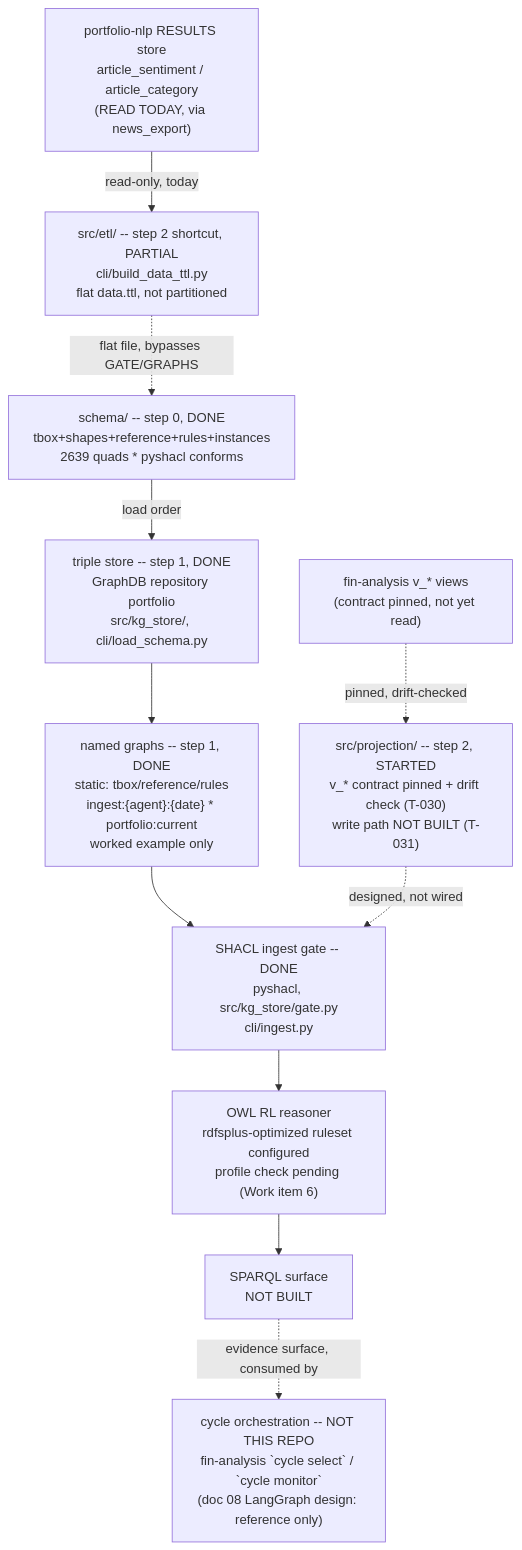
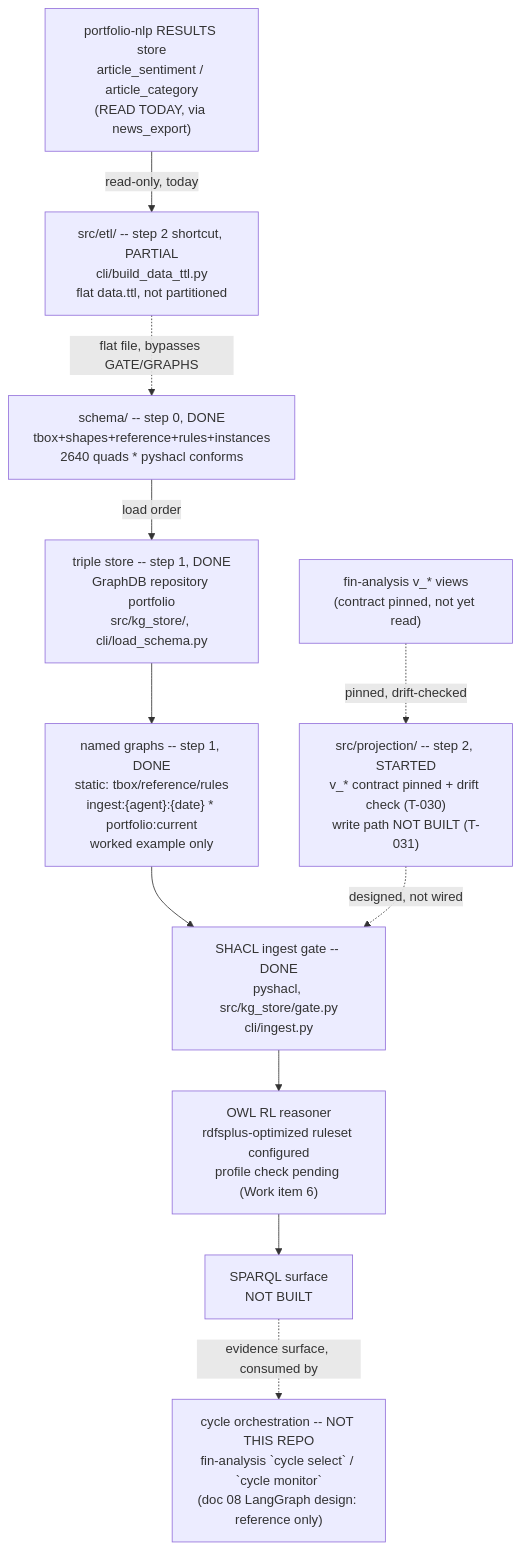
Before and after one commit to gamug/portfolio-knowledge-graph: the diagram in .specify/memory/SPEC.md, drawn with Mermaid. The commit also changed other lines of this file and 6 other files, not shown here.

Commit message:
fix: address PR #104 second review (date assumption, expiresOn wording, catalog-graph tests)

````diff
--- a/.specify/memory/SPEC.md
+++ b/.specify/memory/SPEC.md
@@ -718,22 +718,22 @@
 ```mermaid
 flowchart TB
-    SCHEMA["schema/ -- step 0, DONE<br/>tbox+shapes+reference+rules+instances<br/>2639 quads * pyshacl conforms"]
+    SCHEMA["schema/ -- step 0, DONE<br/>tbox+shapes+reference+rules+instances<br/>2640 quads * pyshacl conforms"]
     STORE["triple store -- step 1, DONE<br/>GraphDB repository portfolio<br/>src/kg_store/, cli/load_schema.py"]
     GRAPHS["named graphs -- step 1, DONE<br/>static: tbox/reference/rules<br/>ingest:{agent}:{date} * portfolio:current<br/>worked example only"]
     GATE["SHACL ingest gate -- DONE<br/>pyshacl, src/kg_store/gate.py<br/>cli/ingest.py"]
     PROJ["src/projection/ -- step 2, STARTED<br/>v_* contract pinned + drift check (T-030)<br/>write path NOT BUILT (T-031)"]
     FIN["fin-analysis v_* views<br/>(contract pinned, not yet read)"]
     NLPRES["portfolio-nlp RESULTS store<br/>article_sentiment / article_category<br/>(READ TODAY, via news_export)"]
     ETL["src/etl/ -- step 2 shortcut, PARTIAL<br/>cli/build_data_ttl.py<br/>flat data.ttl, not partitioned"]
     REASON["OWL RL reasoner<br/>rdfsplus-optimized ruleset configured<br/>profile check pending (Work item 6)"]
     SPARQL["SPARQL surface<br/>NOT BUILT"]
     AGENTS["cycle orchestration -- NOT THIS REPO<br/>fin-analysis `cycle select` / `cycle monitor`<br/>(doc 08 LangGraph design: reference only)"]
 
     SCHEMA -->|load order| STORE --> GRAPHS --> GATE
     FIN -.->|pinned, drift-checked| PROJ
     PROJ -.->|designed, not wired| GATE
     NLPRES -->|read-only, today| ETL
     ETL -.->|flat file, bypasses GATE/GRAPHS| SCHEMA
     GATE --> REASON --> SPARQL
     SPARQL -.->|evidence surface, consumed by| AGENTS
 ```
````
